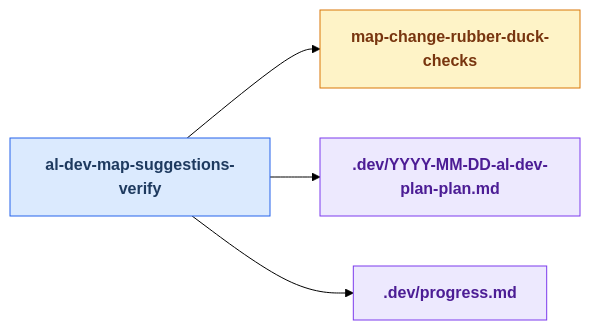
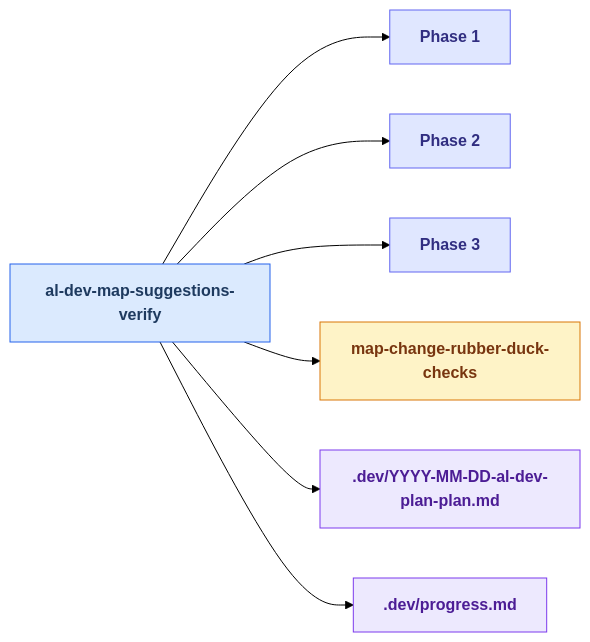
Before and after one commit to russell-laing/al-dev-shared: diagram 24 of 25 in docs/al-dev-skills-map.md, drawn with Mermaid (forest theme). The commit also changed other lines of this file and 1 other file, not shown here.

Commit message:
docs: sync documentation maps with current codebase
Resolved 4 discrepancies found in audit run 20260601T194258Z:

Skills map:
- al-dev-document: Added al-dev-docs-writer agent to Layer 2 diagram
- al-dev-map-suggestions-verify: Added Phase 1-3 nodes to Layer 2 diagram

Agent map:
- al-dev-support-researcher: Fixed caller from /al-dev-ticket to /al-dev-support-reply
- al-dev-support-reply-drafter: Fixed caller from /al-dev-ticket to /al-dev-support-reply

Agent projections regenerated and dependency graph refreshed.

````diff
--- a/docs/al-dev-skills-map.md
+++ b/docs/al-dev-skills-map.md
@@ -1050,22 +1055,31 @@
 ```mermaid
 flowchart LR
     classDef skillNode fill:#dbeafe,stroke:#2563eb,color:#1e3a5f,font-weight:bold
     classDef agentNode fill:#d1fae5,stroke:#059669,color:#064e3b,font-weight:bold
     classDef knowledgeNode fill:#fef3c7,stroke:#d97706,color:#78350f,font-weight:bold
     classDef artifactNode fill:#ede9fe,stroke:#7c3aed,color:#4c1d95,font-weight:bold
     classDef phaseNode fill:#e0e7ff,stroke:#6366f1,color:#312e81,font-weight:bold
 
     skill_al_dev_map_suggestions_verify[al-dev-map-suggestions-verify]
+    Phase1["Phase 1"]
+    Phase2["Phase 2"]
+    Phase3["Phase 3"]
     knowledge_map_change_rubber_duck_checks_md[map-change-rubber-duck-checks]
     artifact_YYYY_MM_DD_al_dev_plan_plan_md[.dev/YYYY-MM-DD-al-dev-plan-plan.md]
     artifact_progress_md[.dev/progress.md]
 
+    skill_al_dev_map_suggestions_verify --> Phase1
+    skill_al_dev_map_suggestions_verify --> Phase2
+    skill_al_dev_map_suggestions_verify --> Phase3
     skill_al_dev_map_suggestions_verify --> knowledge_map_change_rubber_duck_checks_md
     skill_al_dev_map_suggestions_verify --> artifact_YYYY_MM_DD_al_dev_plan_plan_md
     skill_al_dev_map_suggestions_verify --> artifact_progress_md
 
     class skill_al_dev_map_suggestions_verify skillNode
+    class Phase1 phaseNode
+    class Phase2 phaseNode
+    class Phase3 phaseNode
     class knowledge_map_change_rubber_duck_checks_md knowledgeNode
     class artifact_YYYY_MM_DD_al_dev_plan_plan_md artifactNode
     class artifact_progress_md artifactNode
 ```
````
